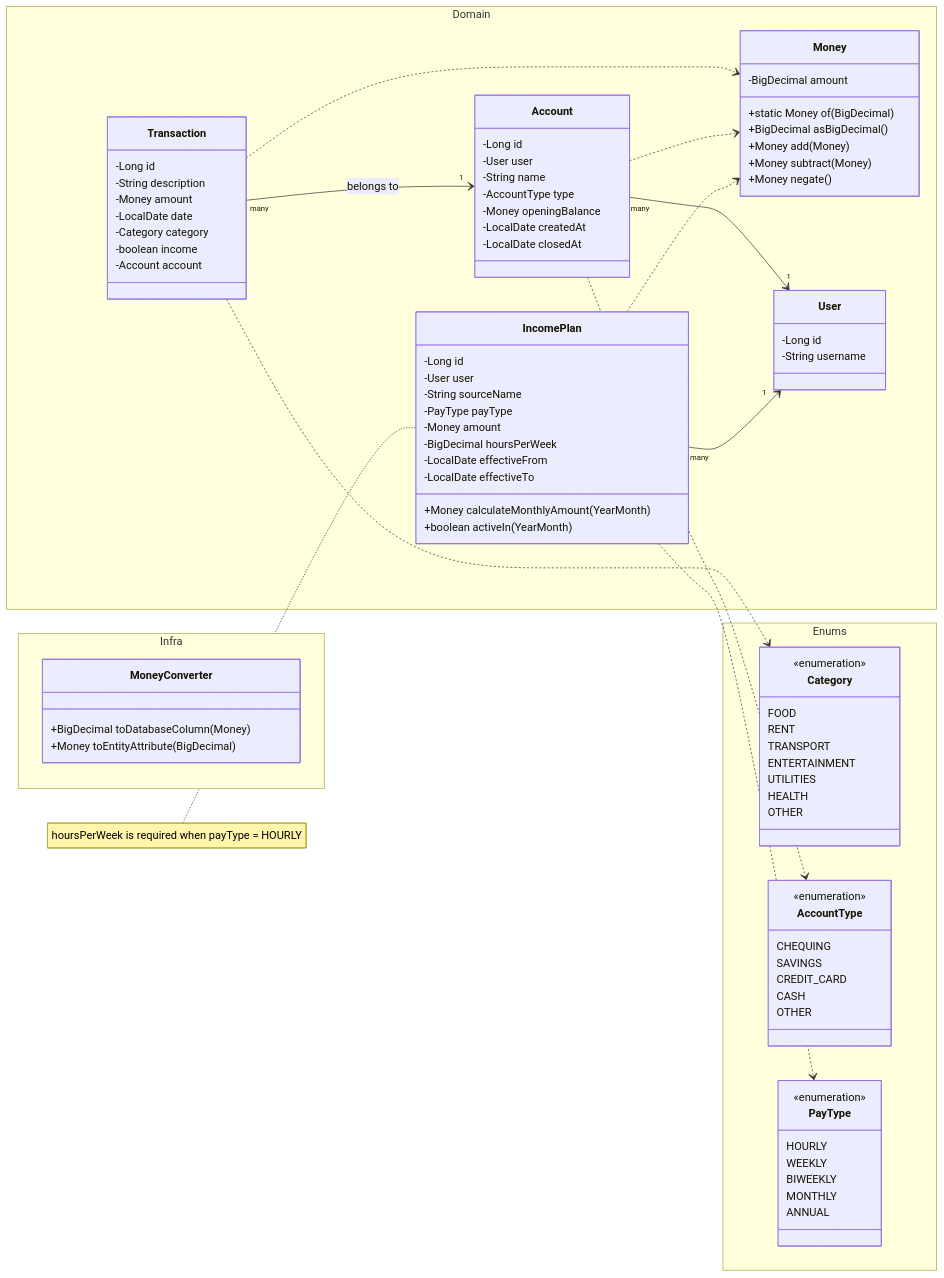
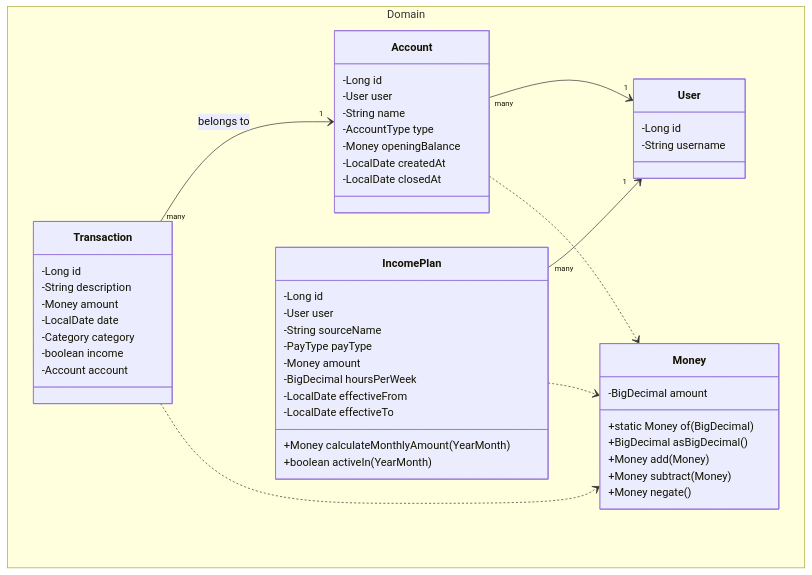
Before and after one commit to NotAshishParmar/Boojet: the second of 5 diagrams in docs/architecture.md, drawn with Mermaid. The commit also changed other lines of this file and 1 other file, not shown here.

````diff
--- a/docs/architecture.md
+++ b/docs/architecture.md
@@ -42,6 +43,6 @@
 ```mermaid
-classDiagram
-  direction LR
+    classDiagram
+  direction TB
   hide empty members
 
   %% ================== Domains ==================
@@ -94,47 +95,7 @@
     }
   }
 
-  %% ================== Enums ==================
-  namespace Enums {
-    class Category {
-        <<enumeration>>
-    FOOD
-    RENT
-    TRANSPORT
-    ENTERTAINMENT
-    UTILITIES
-    HEALTH
-    OTHER
-    }
-
-    class AccountType {
-        <<enumeration>>
-    CHEQUING
-    SAVINGS
-    CREDIT_CARD
-    CASH
-    OTHER
-    }
-
-    class PayType {
-        <<enumeration>>
-    HOURLY
-    WEEKLY
-    BIWEEKLY
-    MONTHLY
-    ANNUAL
-    }
-  }
-
-  %% ================== Infrastructure ==================
-  namespace Infra {
-    class MoneyConverter {
-      +BigDecimal toDatabaseColumn(Money)
-      +Money toEntityAttribute(BigDecimal)
-    }
-  }
-
-  %% ================== Relationships ==================
+  %% ================== Relationships (domain only) ==================
   Transaction "many" --> "1" Account : belongs to
   Account    "many" --> "1" User
   IncomePlan "many" --> "1" User
@@ -142,13 +103,4 @@
   Transaction ..> Money
   Account ..> Money
   IncomePlan ..> Money
-
-  Transaction ..> Category
-  Account ..> AccountType
-  IncomePlan ..> PayType
-
-  %% Notes
-  note for IncomePlan "hoursPerWeek is required when payType = HOURLY"
-
-
 ```
````
